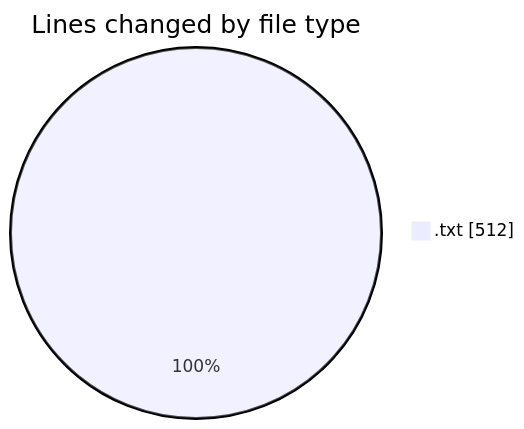
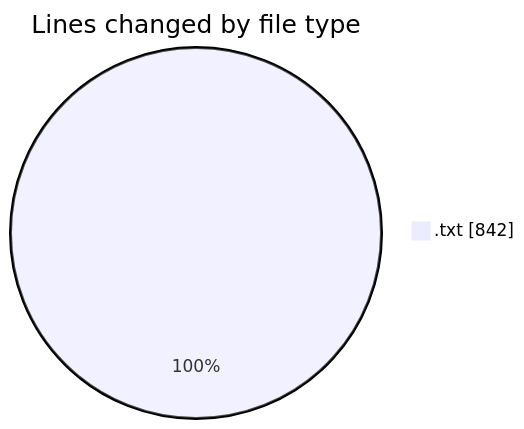
One commit to lephambinh05/code-tracking changed the first of 2 diagrams in 2025-07-30/csdl/README.md. Above: the diagram before and after it, drawn with Mermaid. The commit also changed other lines of this file and 1 other file, not shown here.

````diff
--- a/2025-07-30/csdl/README.md
+++ b/2025-07-30/csdl/README.md
@@ -21,5 +21,5 @@
 ```mermaid
 pie showData
 title Lines changed by file type
-".txt" : 512
+".txt" : 842
 ```
````
